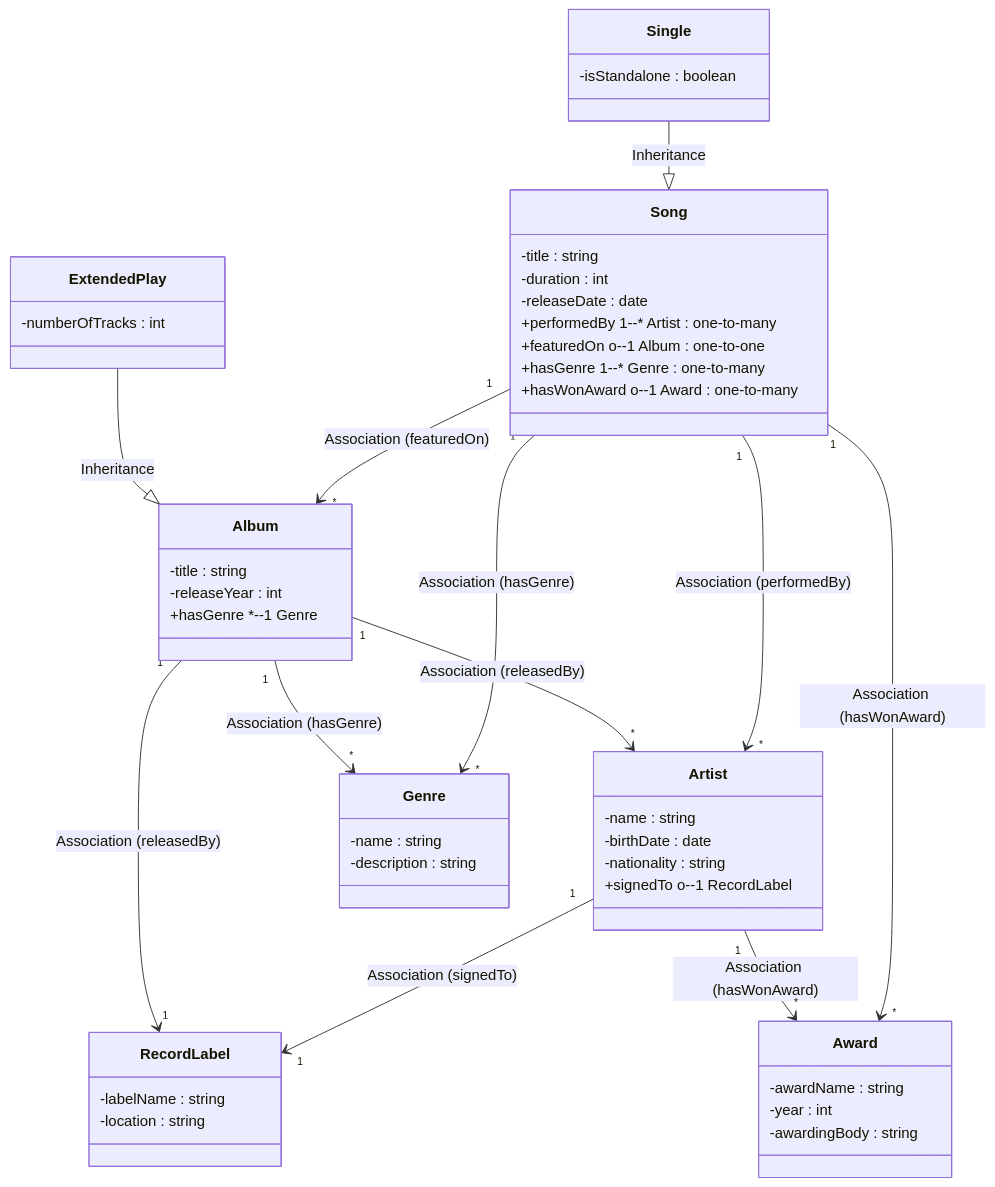
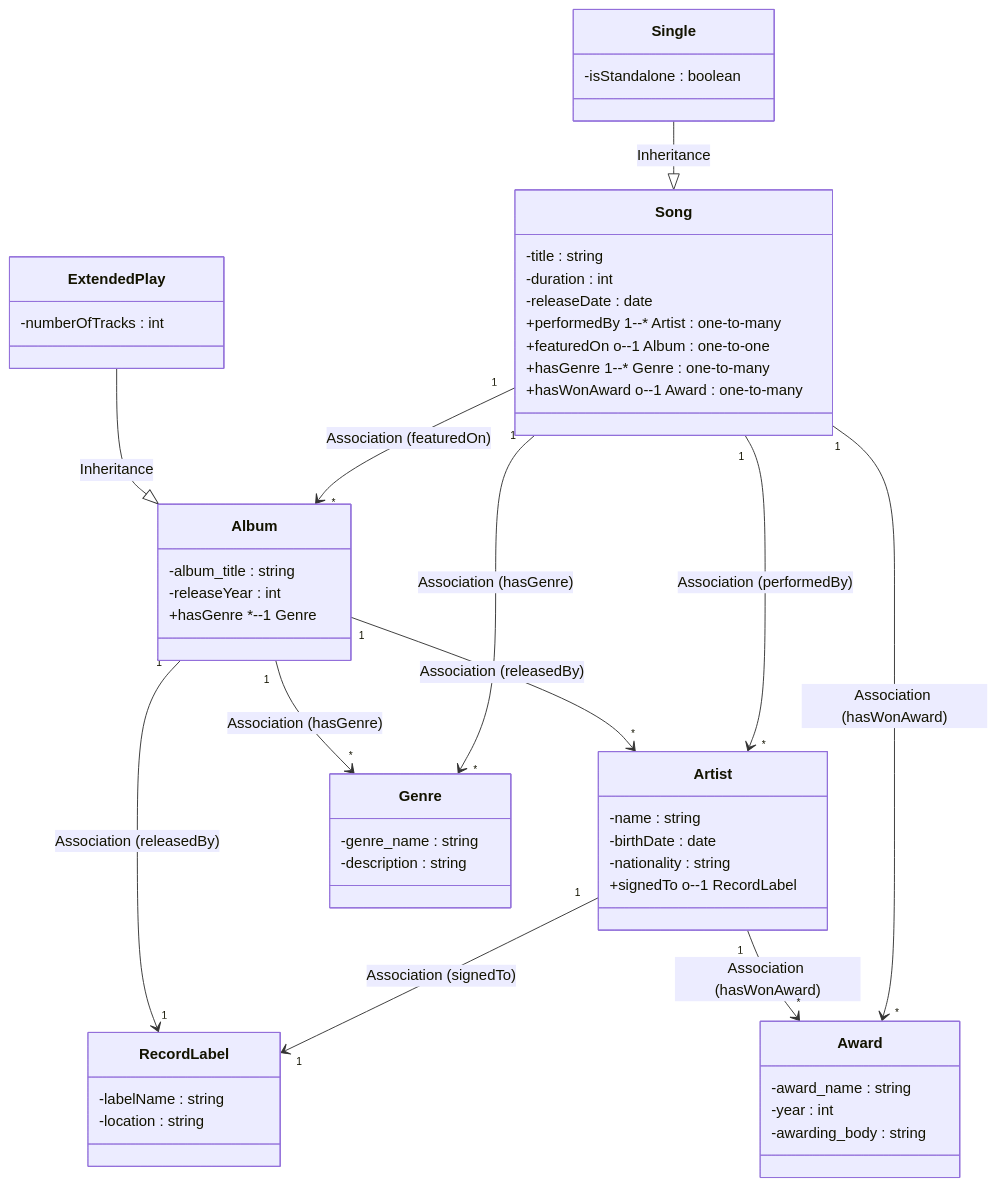
Before and after one commit to shauryashaurya/The-Silmaril: the diagram in o-02-Music/README.md, drawn with Mermaid. The commit also changed other lines of this file and 9 other files, not shown here.

````diff
--- a/o-02-Music/README.md
+++ b/o-02-Music/README.md
@@ -56,73 +56,73 @@
 ```mermaid                                      
 classDiagram                
     class Song {        
 		%% Data Properties    
         -title : string                
         -duration : int                
         -releaseDate : date        
 		%% Object Properties    
         +performedBy 1--* Artist : one-to-many                
         +featuredOn o--1 Album  : one-to-one               
         +hasGenre 1--* Genre  : one-to-many               
         +hasWonAward o--1 Award   : one-to-many              
     }                
                 
     class Artist {                
 		%% Data Properties    
         -name : string                
         -birthDate : date                
         -nationality : string                
 		%% Object Properties    
         +signedTo o--1 RecordLabel                
     }                
                 
     class Album {                
 		%% Data Properties    
-        -title : string                
+        -album_title : string                
         -releaseYear : int                
 		%% Object Properties    
         +hasGenre *--1 Genre                
     }                
                 
   class RecordLabel{                
 		%% Data Properties    
         -labelName : string                
         -location : string                
   }                
                 
     class Genre {                
 		%% Data Properties    
-        -name : string                
+        -genre_name : string                
         -description : string                
     }                
                 
   class Award{                
 		%% Data Properties    
-        -awardName : string                
+        -award_name : string                
         -year : int                
-        -awardingBody : string                
+        -awarding_body : string                
   }                
                 
   class Single{                
 		%% Data Properties    
 		-isStandalone : boolean                
   }                
                 
   class ExtendedPlay{                
 		%% Data Properties    
 		-numberOfTracks : int                
   }                
                 
     Song "1" --> "*" Artist : Association (performedBy)    
     Song "1" --> "*" Album : Association (featuredOn)    
     Song "1" --> "*" Genre : Association (hasGenre)    
     Song "1" --> "*" Award : Association (hasWonAward)    
     Artist "1" --> "1" RecordLabel : Association (signedTo)    
     Album "1" --> "*" Genre : Association (hasGenre)    
     Album "1" --> "*" Artist : Association (releasedBy)    
     Album "1" --> "1" RecordLabel : Association (releasedBy)    
     Artist "1" --> "*" Award : Association (hasWonAward)    
         
     Single --|> Song : Inheritance    
     ExtendedPlay --|> Album : Inheritance               
 ```                    
````
